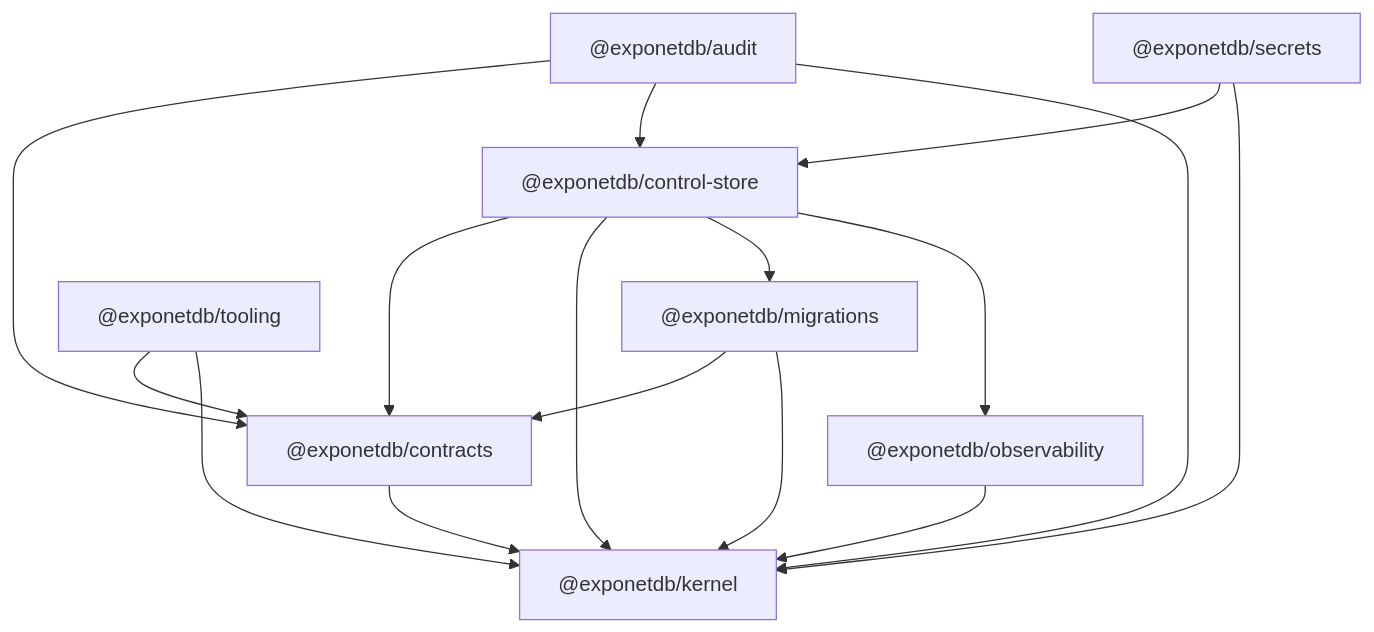
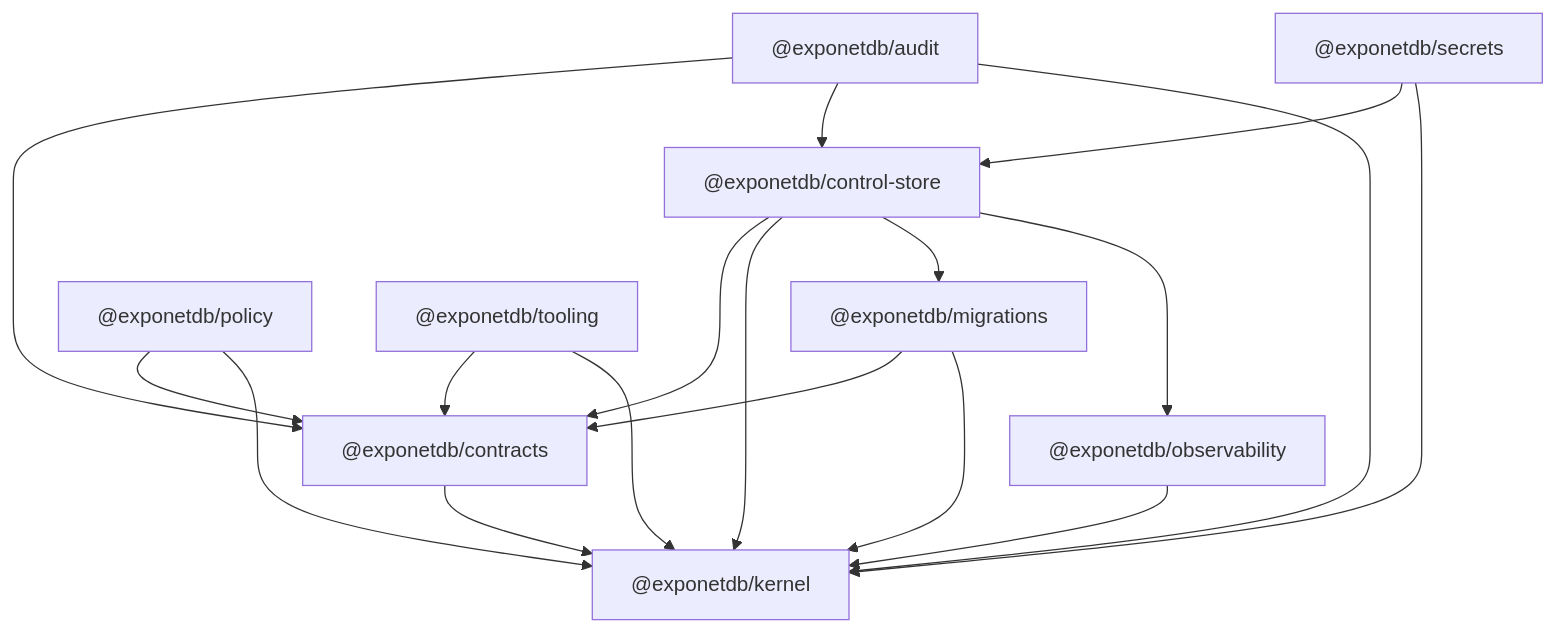
One commit to davdxpx/ExponetDB changed the diagram in tooling/boundaries/package-graph.md. Above: the diagram before and after it, drawn with Mermaid. The commit also changed 29 other files, not shown here.

````diff
--- a/tooling/boundaries/package-graph.md
+++ b/tooling/boundaries/package-graph.md
@@ -7,26 +7,29 @@
 ```mermaid
 graph TD
   packages_audit["@exponetdb/audit"]
   packages_contracts["@exponetdb/contracts"]
   packages_control-store["@exponetdb/control-store"]
   packages_kernel["@exponetdb/kernel"]
   packages_migrations["@exponetdb/migrations"]
   packages_observability["@exponetdb/observability"]
+  packages_policy["@exponetdb/policy"]
   packages_secrets["@exponetdb/secrets"]
   tooling["@exponetdb/tooling"]
   packages_audit["@exponetdb/audit"] --> packages_contracts
   packages_audit["@exponetdb/audit"] --> packages_control-store
   packages_audit["@exponetdb/audit"] --> packages_kernel
   packages_contracts["@exponetdb/contracts"] --> packages_kernel
   packages_control-store["@exponetdb/control-store"] --> packages_contracts
   packages_control-store["@exponetdb/control-store"] --> packages_kernel
   packages_control-store["@exponetdb/control-store"] --> packages_migrations
   packages_control-store["@exponetdb/control-store"] --> packages_observability
   packages_migrations["@exponetdb/migrations"] --> packages_contracts
   packages_migrations["@exponetdb/migrations"] --> packages_kernel
   packages_observability["@exponetdb/observability"] --> packages_kernel
+  packages_policy["@exponetdb/policy"] --> packages_contracts
+  packages_policy["@exponetdb/policy"] --> packages_kernel
   packages_secrets["@exponetdb/secrets"] --> packages_control-store
   packages_secrets["@exponetdb/secrets"] --> packages_kernel
   tooling["@exponetdb/tooling"] --> packages_contracts
   tooling["@exponetdb/tooling"] --> packages_kernel
 ```
````
